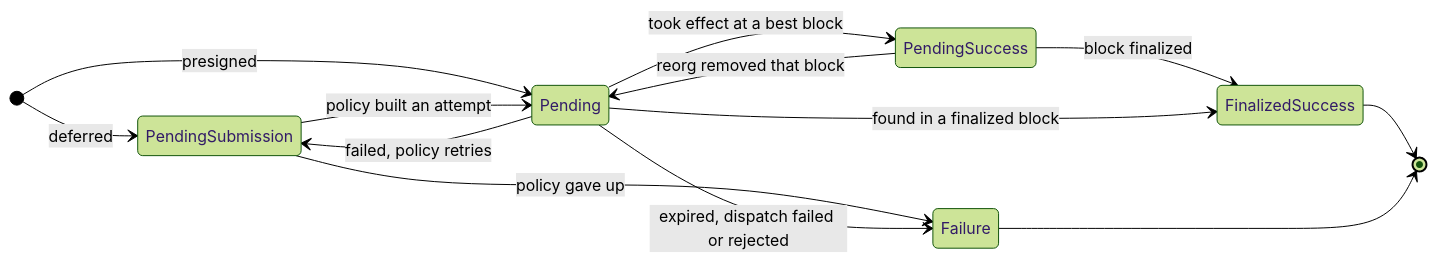
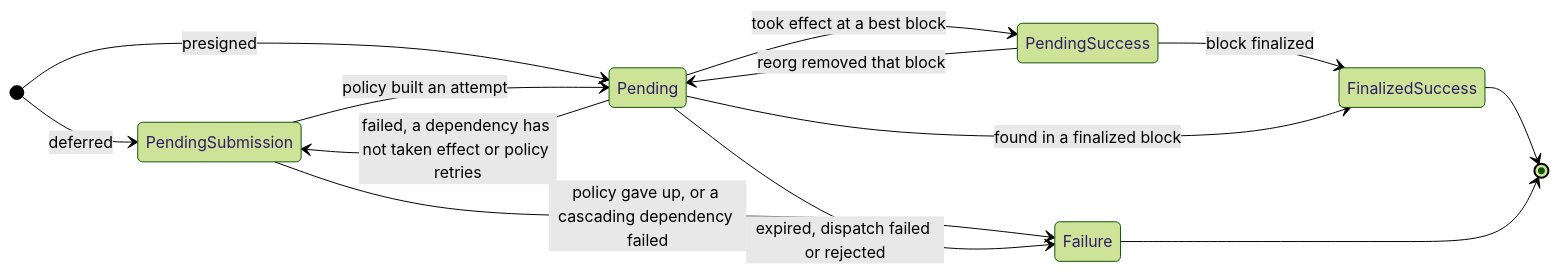
Before and after one commit to paritytech/trinity-user-agents: the diagram in docs/design/transaction-durability-engine.md, drawn with Mermaid (forest theme). The commit also changed other lines of this file and 4 other files, not shown here.

````diff
--- a/docs/design/transaction-durability-engine.md
+++ b/docs/design/transaction-durability-engine.md
@@ -79,16 +80,16 @@
 ```mermaid
 stateDiagram-v2
     direction LR
     [*] --> PendingSubmission: deferred
     [*] --> Pending: presigned
     PendingSubmission --> Pending: policy built an attempt
-    PendingSubmission --> Failure: policy gave up
+    PendingSubmission --> Failure: policy gave up, or a cascading dependency failed
     Pending --> PendingSuccess: took effect at a best block
     PendingSuccess --> Pending: reorg removed that block
     PendingSuccess --> FinalizedSuccess: block finalized
     Pending --> FinalizedSuccess: found in a finalized block
-    Pending --> PendingSubmission: failed, policy retries
+    Pending --> PendingSubmission: failed, a dependency has not taken effect or policy retries
     Pending --> Failure: expired, dispatch failed or rejected
     FinalizedSuccess --> [*]
     Failure --> [*]
 ```
````
